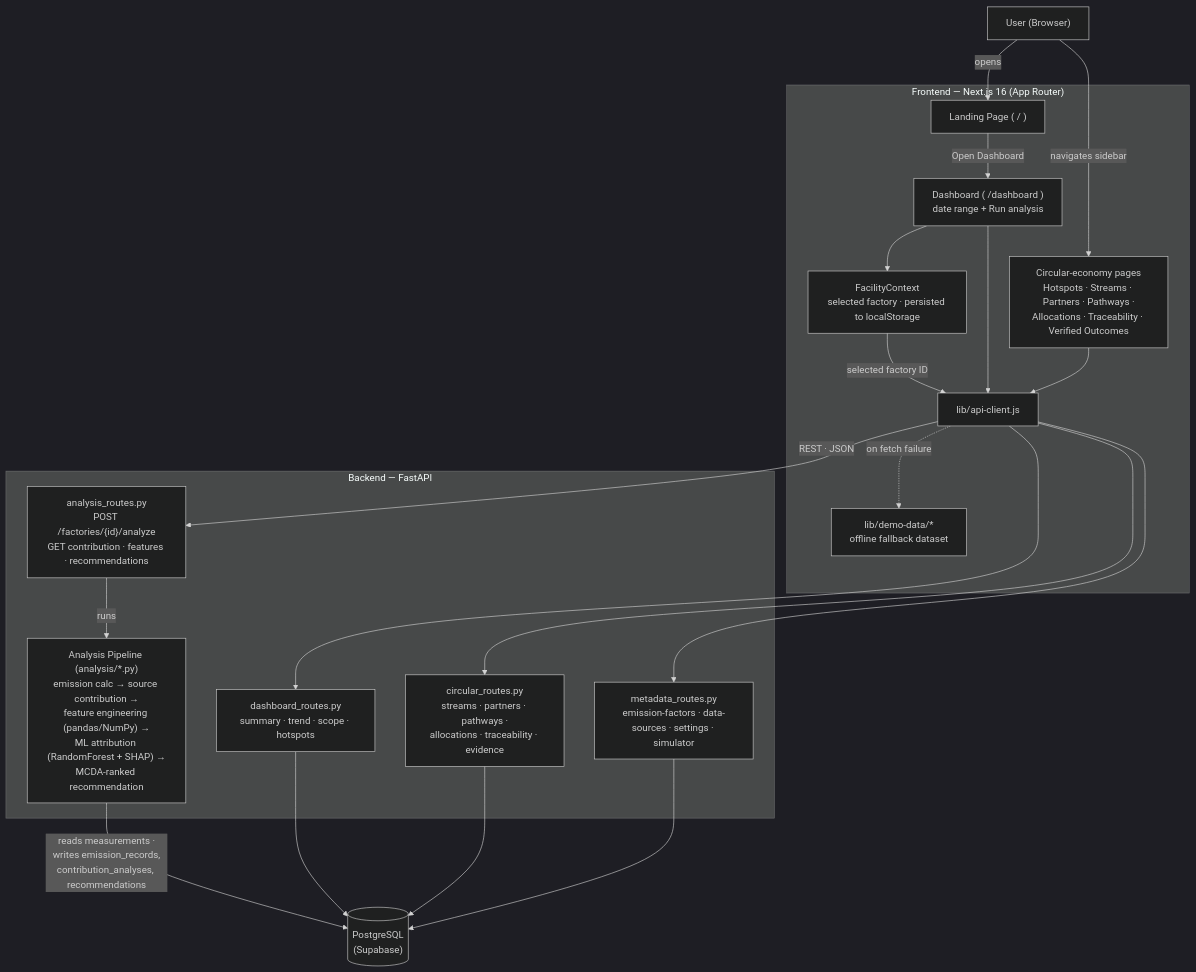
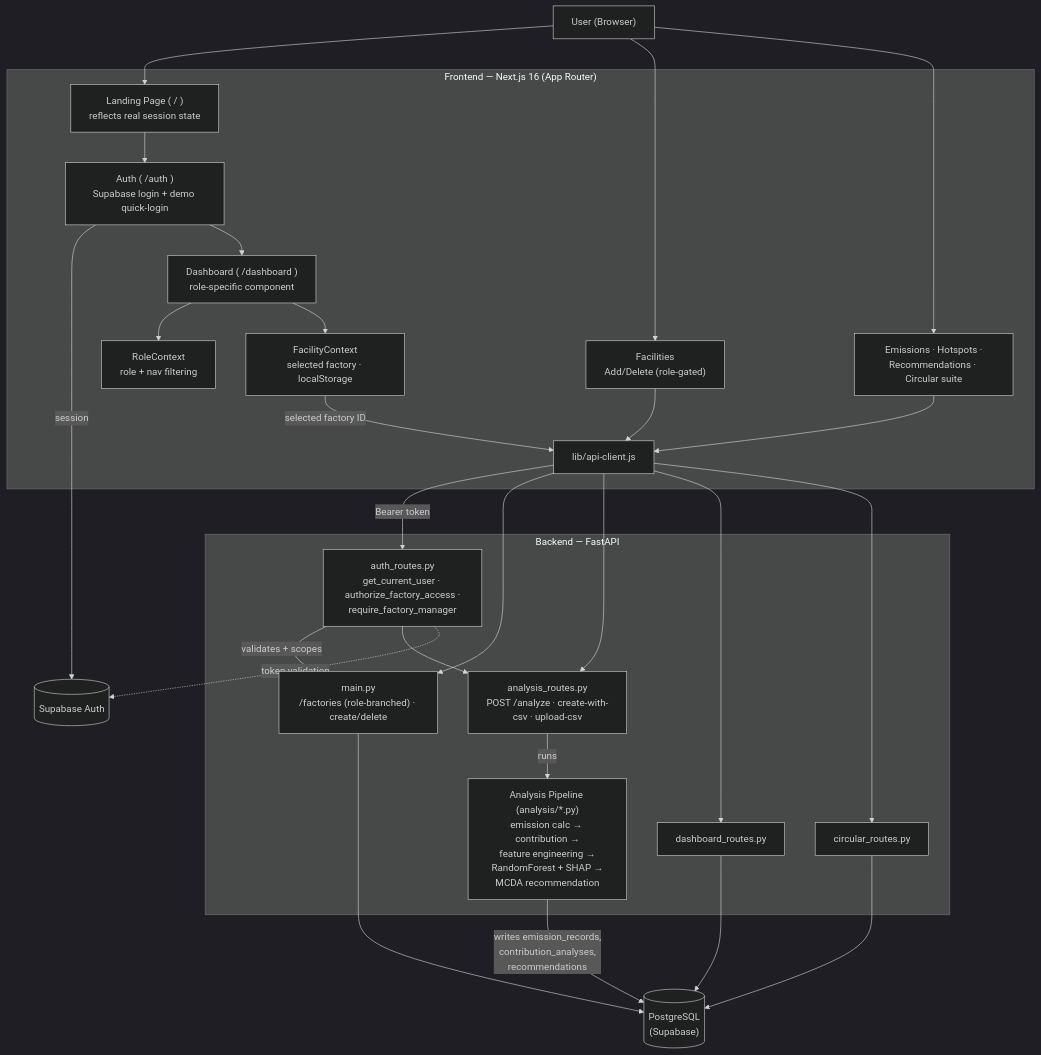
Before and after one commit to shhubhhaam/carbonX_hackout26: the second of 2 diagrams in README.md, drawn with Mermaid (dark theme). The commit also changed other lines of this file and 52 other files, not shown here.

````diff
--- a/README.md
+++ b/README.md
@@ -27,43 +109,53 @@
 ```mermaid
 flowchart TD
     User["User (Browser)"]
 
     subgraph FE["Frontend — Next.js 16 (App Router)"]
-        Landing["Landing Page ( / )"]
-        FacilityCtx["FacilityContext<br/>selected factory · persisted to localStorage"]
-        Dashboard["Dashboard ( /dashboard )<br/>date range + Run analysis"]
-        Pages["Circular-economy pages<br/>Hotspots · Streams · Partners · Pathways ·<br/>Allocations · Traceability · Verified Outcomes"]
+        Landing["Landing Page ( / )<br/>reflects real session state"]
+        Auth["Auth ( /auth )<br/>Supabase login + demo quick-login"]
+        RoleCtx["RoleContext<br/>role + nav filtering"]
+        FacilityCtx["FacilityContext<br/>selected factory · localStorage"]
+        Dashboard["Dashboard ( /dashboard )<br/>role-specific component"]
+        Facilities["Facilities<br/>Add/Delete (role-gated)"]
+        Pages["Emissions · Hotspots ·<br/>Recommendations · Circular suite"]
         ApiClient["lib/api-client.js"]
-        DemoData["lib/demo-data/*<br/>offline fallback dataset"]
     end
 
     subgraph BE["Backend — FastAPI"]
-        AnalysisRoutes["analysis_routes.py<br/>POST /factories/{id}/analyze<br/>GET contribution · features · recommendations"]
-        DashboardRoutes["dashboard_routes.py<br/>summary · trend · scope · hotspots"]
-        CircularRoutes["circular_routes.py<br/>streams · partners · pathways ·<br/>allocations · traceability · evidence"]
-        MetadataRoutes["metadata_routes.py<br/>emission-factors · data-sources · settings · simulator"]
-        Pipeline["Analysis Pipeline (analysis/*.py)<br/>emission calc → source contribution →<br/>feature engineering (pandas/NumPy) →<br/>ML attribution (RandomForest + SHAP) →<br/>MCDA-ranked recommendation"]
+        AuthRoutes["auth_routes.py<br/>get_current_user · authorize_factory_access ·<br/>require_factory_manager"]
+        MainRoutes["main.py<br/>/factories (role-branched) · create/delete"]
+        AnalysisRoutes["analysis_routes.py<br/>POST /analyze · create-with-csv · upload-csv"]
+        DashboardRoutes["dashboard_routes.py"]
+        CircularRoutes["circular_routes.py"]
+        Pipeline["Analysis Pipeline (analysis/*.py)<br/>emission calc → contribution →<br/>feature engineering →<br/>RandomForest + SHAP →<br/>MCDA recommendation"]
     end
 
     DB[("PostgreSQL<br/>(Supabase)")]
+    SupaAuth[("Supabase Auth")]
 
-    User -->|opens| Landing
-    Landing -->|Open Dashboard| Dashboard
+    User --> Landing --> Auth
+    Auth -->|session| SupaAuth
+    Auth --> Dashboard
+    Dashboard --> RoleCtx
     Dashboard --> FacilityCtx
     FacilityCtx -->|selected factory ID| ApiClient
-    Dashboard --> ApiClient
-    User -->|navigates sidebar| Pages
+    User --> Facilities
+    User --> Pages
+    Facilities --> ApiClient
     Pages --> ApiClient
 
-    ApiClient -->|REST · JSON| AnalysisRoutes
+    ApiClient -->|Bearer token| AuthRoutes
+    ApiClient --> MainRoutes
+    ApiClient --> AnalysisRoutes
     ApiClient --> DashboardRoutes
     ApiClient --> CircularRoutes
-    ApiClient --> MetadataRoutes
-    ApiClient -.->|on fetch failure| DemoData
 
+    AuthRoutes -->|validates + scopes| MainRoutes
+    AuthRoutes --> AnalysisRoutes
     AnalysisRoutes -->|runs| Pipeline
-    Pipeline -->|reads measurements ·<br/>writes emission_records,<br/>contribution_analyses, recommendations| DB
+    Pipeline -->|writes emission_records,<br/>contribution_analyses,<br/>recommendations| DB
+    MainRoutes --> DB
     DashboardRoutes --> DB
     CircularRoutes --> DB
-    MetadataRoutes --> DB
+    AuthRoutes -.->|token validation| SupaAuth
 ```
````
